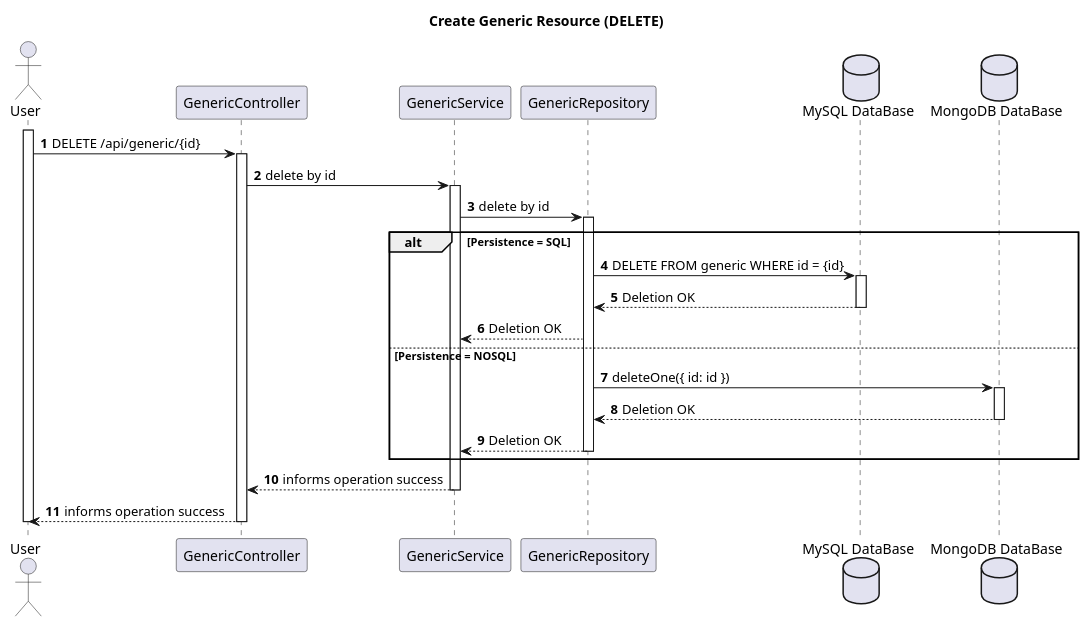
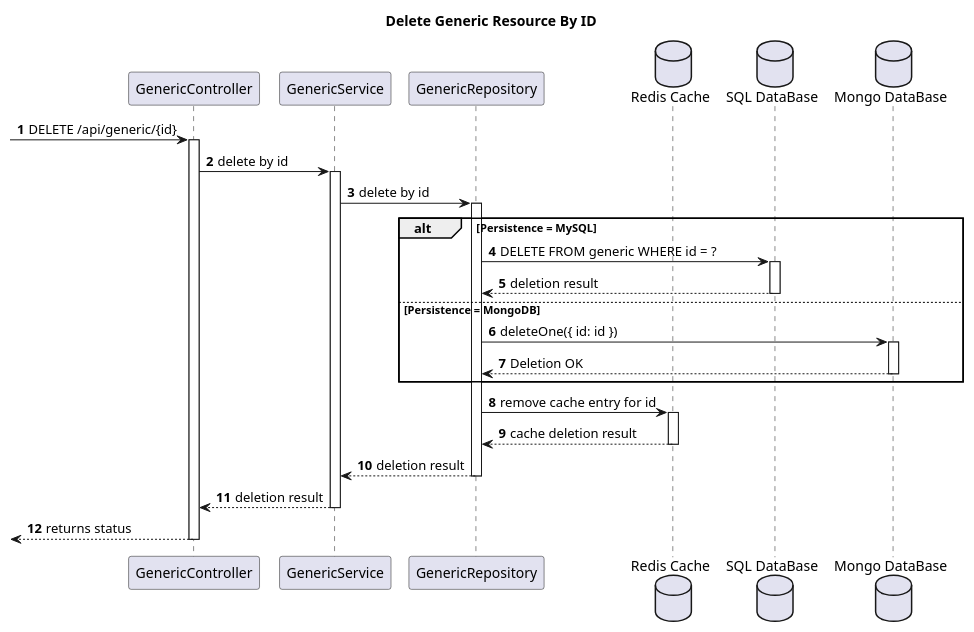
One commit to rutemf/1220944_1220772_G01 changed the diagram in Docs/System-To-Be/level3/genericSequenceDiagrams/delete_sd.puml. Above: the diagram before and after it, drawn with PlantUML. The commit also changed 7 other files, not shown here.

```diff
--- a/Docs/System-To-Be/level3/genericSequenceDiagrams/delete_sd.puml
+++ b/Docs/System-To-Be/level3/genericSequenceDiagrams/delete_sd.puml
@@ -1,55 +1,56 @@
 @startuml
 
 autonumber
 
-title Create Generic Resource (DELETE)
-actor "User" as User
+title Delete Generic Resource By ID
+
 participant "GenericController" as Controller
 participant "GenericService" as Service
 participant "GenericRepository" as Repo
-database "MySQL DataBase" as SQL
-database "MongoDB DataBase" as NOSQL
+database "Redis Cache" as REDIS
+database "SQL DataBase" as MYSQL
+database "Mongo DataBase" as MONGO
 
-
-activate User
-
-User -> Controller: DELETE /api/generic/{id}
+-> Controller: DELETE /api/generic/{id}
 activate Controller
 
     Controller -> Service: delete by id
     activate Service
 
         Service -> Repo: delete by id
         activate Repo
 
-        alt Persistence = SQL
+            alt Persistence = MySQL
 
-            Repo -> SQL: DELETE FROM generic WHERE id = {id}
-            activate SQL
+            Repo -> MYSQL: DELETE FROM generic WHERE id = ?
+            activate MYSQL
 
-                SQL --> Repo: Deletion OK
-            deactivate SQL
+                MYSQL --> Repo: deletion result
+            deactivate MYSQL
 
-            Repo --> Service: Deletion OK
+            else Persistence = MongoDB
 
-        else Persistence = NOSQL
+            Repo -> MONGO: deleteOne({ id: id })
+            activate MONGO
 
-          Repo -> NOSQL: deleteOne({ id: id })
-                    activate NOSQL
+                MONGO --> Repo: Deletion OK
+            deactivate MONGO
 
-                        NOSQL --> Repo: Deletion OK
-                    deactivate NOSQL
+            end
 
-                    Repo --> Service: Deletion OK
-                deactivate Repo
-        end
+            Repo -> REDIS: remove cache entry for id
+            activate REDIS
 
-        Service --> Controller: informs operation success
+                REDIS --> Repo: cache deletion result
+            deactivate REDIS
+
+            Repo --> Service: deletion result
+        deactivate Repo
+
+        Service --> Controller: deletion result
     deactivate Service
 
-User <-- Controller: informs operation success
+<-- Controller: returns status
 deactivate Controller
 
-deactivate User
-
 @enduml
```
